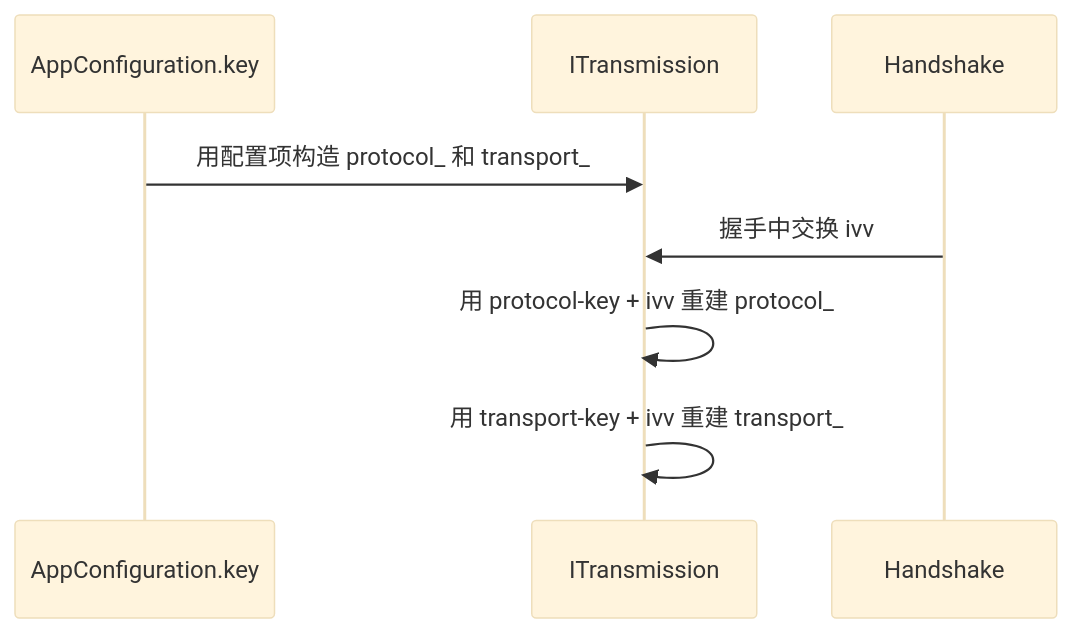
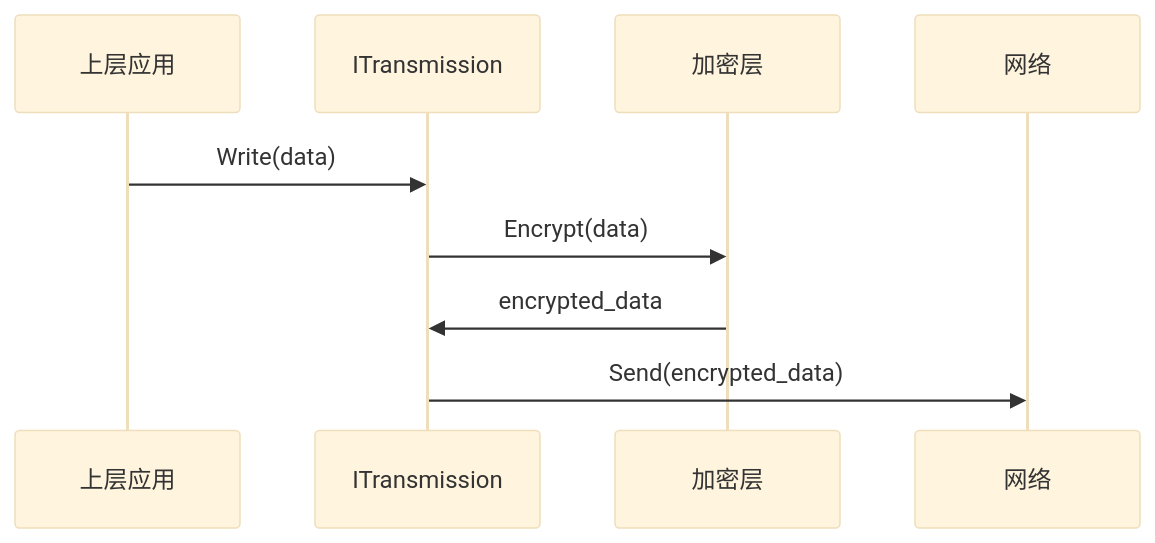
The seventh of 11 diagrams in docs/TRANSMISSION_CN.md (HyacinthHaru/openppp2), drawn with Mermaid (base theme) before and after one commit. The commit also changed other lines of this file and 31 other files, not shown here.

````diff
--- a/docs/TRANSMISSION_CN.md
+++ b/docs/TRANSMISSION_CN.md
@@ -111,10 +248,12 @@
 ```mermaid
 sequenceDiagram
-    participant Cfg as AppConfiguration.key
-    participant Tx as ITransmission
-    participant Hs as Handshake
-    Cfg->>Tx: 用配置项构造 protocol_ 和 transport_
-    Hs->>Tx: 握手中交换 ivv
-    Tx->>Tx: 用 protocol-key + ivv 重建 protocol_
-    Tx->>Tx: 用 transport-key + ivv 重建 transport_
+    participant A as 上层应用
+    participant B as ITransmission
+    participant C as 加密层
+    participant D as 网络
+    
+    A->>B: Write(data)
+    B->>C: Encrypt(data)
+    C->>B: encrypted_data
+    B->>D: Send(encrypted_data)
 ```
````
